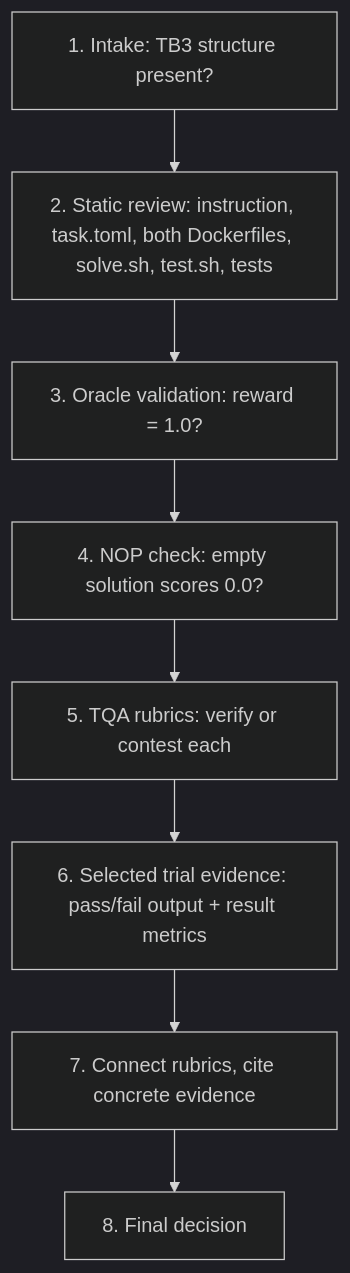
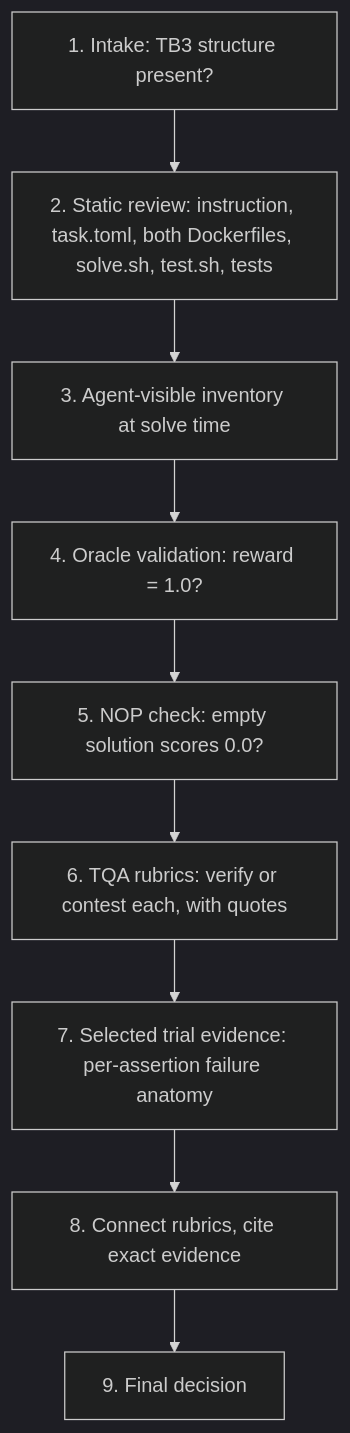
The diagram in workflow-docs/code-review-workflow.md (rajusirigineedi/MIT-03-QA), drawn with Mermaid (dark theme) before and after one commit. The commit also changed other lines of this file and 10 other files, not shown here.

````diff
--- a/workflow-docs/code-review-workflow.md
+++ b/workflow-docs/code-review-workflow.md
@@ -135,10 +338,11 @@
 ```mermaid
 flowchart TD
     Intake["1. Intake: TB3 structure present?"] --> Static["2. Static review: instruction, task.toml, both Dockerfiles, solve.sh, test.sh, tests"]
-    Static --> Oracle["3. Oracle validation: reward = 1.0?"]
-    Oracle --> Nop["4. NOP check: empty solution scores 0.0?"]
-    Nop --> Tqa["5. TQA rubrics: verify or contest each"]
-    Tqa --> Traj["6. Selected trial evidence: pass/fail output + result metrics"]
-    Traj --> Portal["7. Connect rubrics, cite concrete evidence"]
-    Portal --> Decision["8. Final decision"]
+    Static --> Visible["3. Agent-visible inventory at solve time"]
+    Visible --> Oracle["4. Oracle validation: reward = 1.0?"]
+    Oracle --> Nop["5. NOP check: empty solution scores 0.0?"]
+    Nop --> Tqa["6. TQA rubrics: verify or contest each, with quotes"]
+    Tqa --> Traj["7. Selected trial evidence: per-assertion failure anatomy"]
+    Traj --> Portal["8. Connect rubrics, cite exact evidence"]
+    Portal --> Decision["9. Final decision"]
 ```
````
